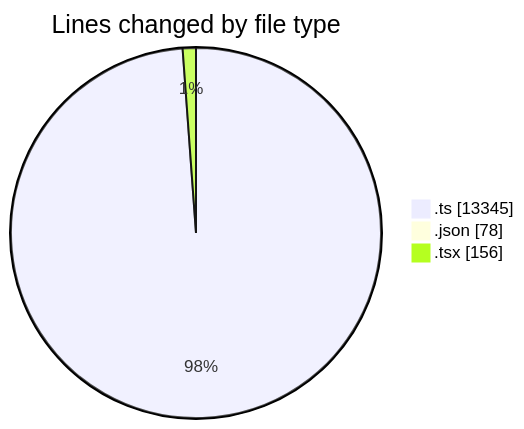
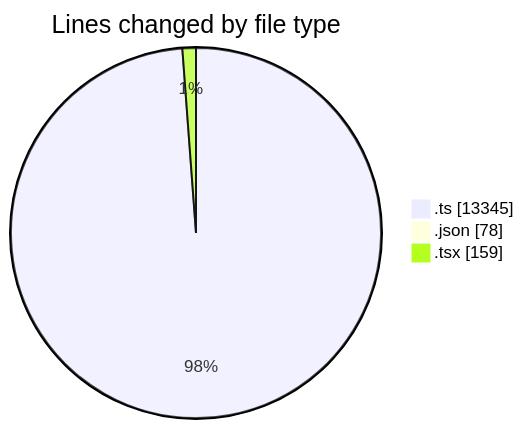
Before and after one commit to momahboobian/code-tracking: the first of 2 diagrams in 2025-08-29/cda/README.md, drawn with Mermaid. The commit also changed other lines of this file and 1 other file, not shown here.

````diff
--- a/2025-08-29/cda/README.md
+++ b/2025-08-29/cda/README.md
@@ -24,7 +25,7 @@
 ```mermaid
 pie showData
 title Lines changed by file type
 ".ts" : 13345
 ".json" : 78
-".tsx" : 156
+".tsx" : 159
 ```
````
